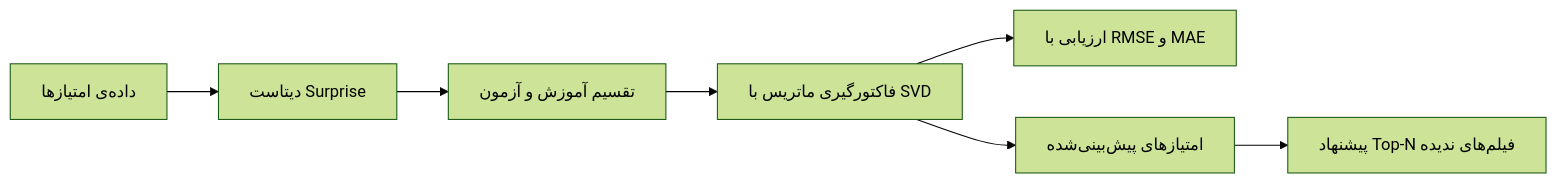
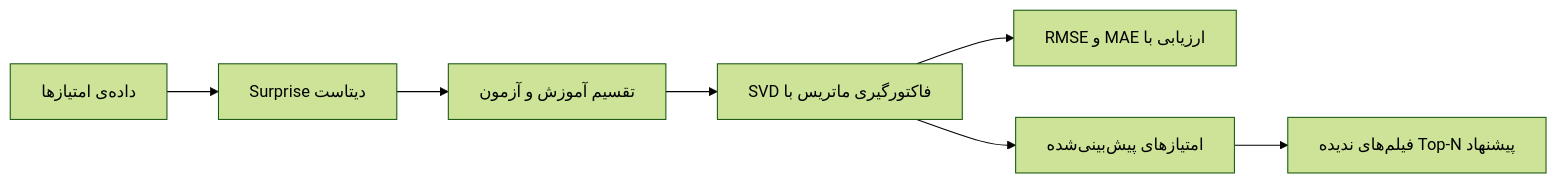
Before and after one commit to Hosein-imani/hybrid-recommendation-system: the second of 2 diagrams in docs/collaborative.md, drawn with Mermaid (forest theme).

```diff
--- a/docs/collaborative.md
+++ b/docs/collaborative.md
@@ -114,9 +114,9 @@
 ~~~mermaid
 flowchart LR
-    A[داده‌ی امتیازها] --> B[دیتاست Surprise]
+    A[داده‌ی امتیازها] --> B[ Surprise دیتاست]
     B --> C[تقسیم آموزش و آزمون]
-    C --> D[فاکتورگیری ماتریس با SVD]
-    D --> E[ارزیابی با RMSE و MAE]
+    C --> D[SVD فاکتورگیری ماتریس با]
+    D --> E[ RMSE و MAE ارزیابی با]
     D --> F[امتیازهای پیش‌بینی‌شده]
-    F --> G[پیشنهاد Top-N فیلم‌های ندیده]
+    F --> G[فیلم‌های ندیده Top-N پیشنهاد]
 ~~~
```
